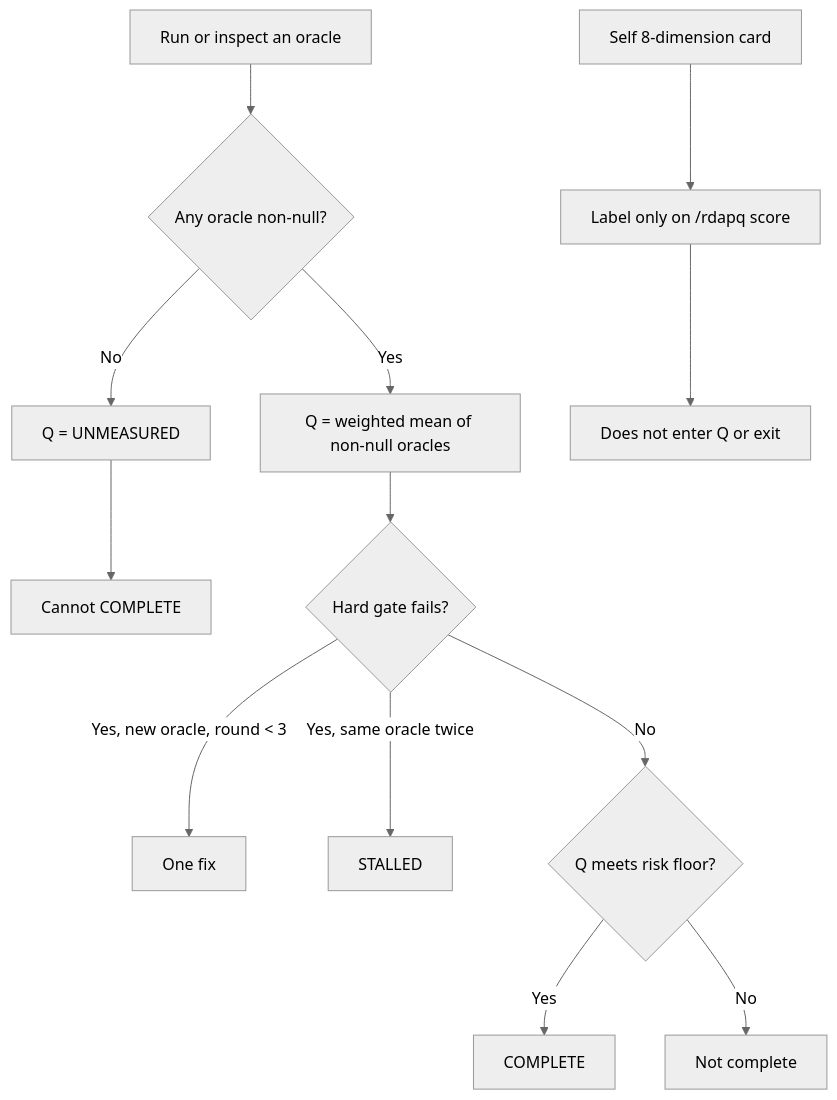
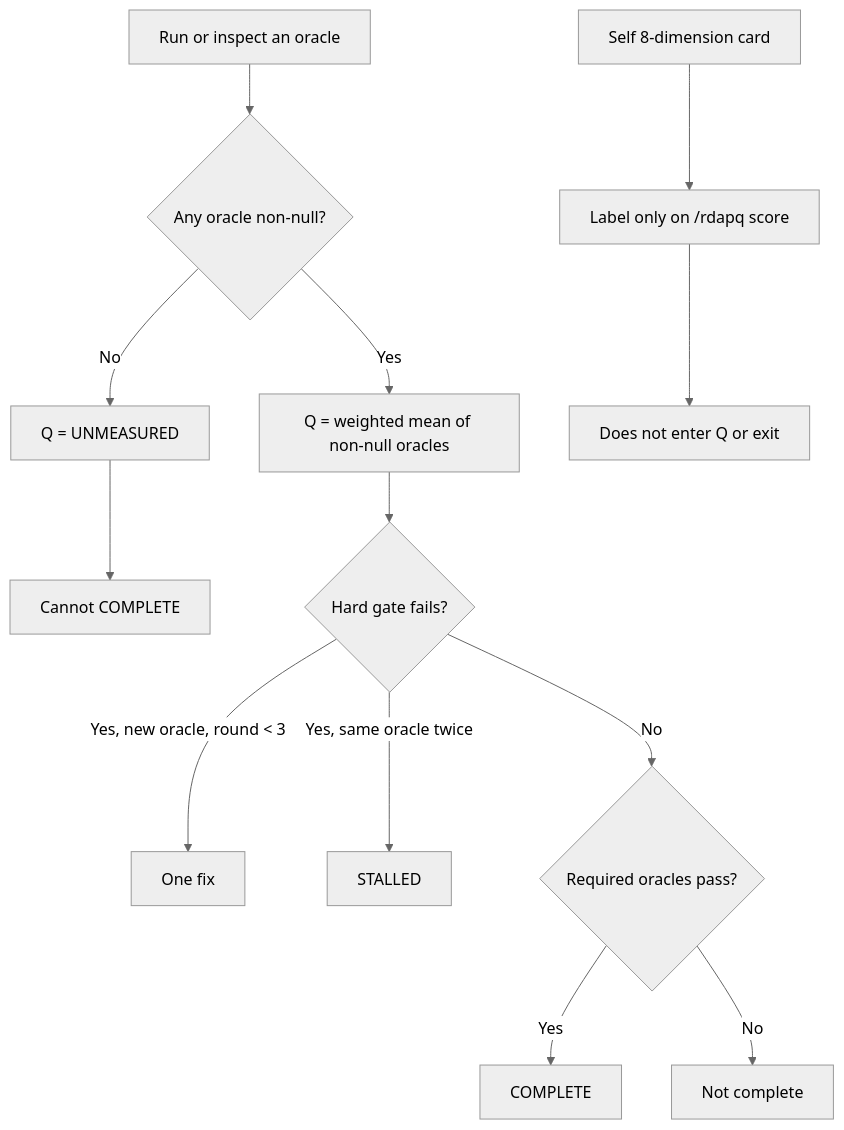
Before and after one commit to coldcanuk/rdapq: the diagram in rdap-q-skill/diagrams/rdapq-score-decision.mmd, drawn with Mermaid (neutral theme). The commit also changed 6 other files, not shown here.

First line of the commit message:
Complete on required oracles per risk, not a Q threshold

```diff
--- a/rdap-q-skill/diagrams/rdapq-score-decision.mmd
+++ b/rdap-q-skill/diagrams/rdapq-score-decision.mmd
@@ -1,13 +1,13 @@
 flowchart TD
     A[Run or inspect an oracle] --> B{Any oracle non-null?}
     B -- No --> C[Q = UNMEASURED]
     C --> D[Cannot COMPLETE]
     B -- Yes --> E["Q = weighted mean of non-null oracles"]
     E --> F{Hard gate fails?}
     F -- Yes, new oracle, round < 3 --> G[One fix]
     F -- Yes, same oracle twice --> H[STALLED]
-    F -- No --> I{Q meets risk floor?}
+    F -- No --> I{Required oracles pass?}
     I -- Yes --> J[COMPLETE]
     I -- No --> K[Not complete]
     L[Self 8-dimension card] --> M[Label only on /rdapq score]
     M --> N[Does not enter Q or exit]
```
